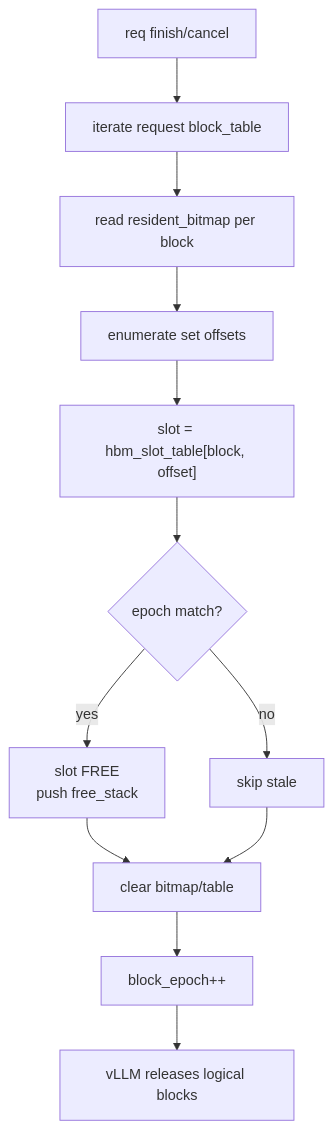
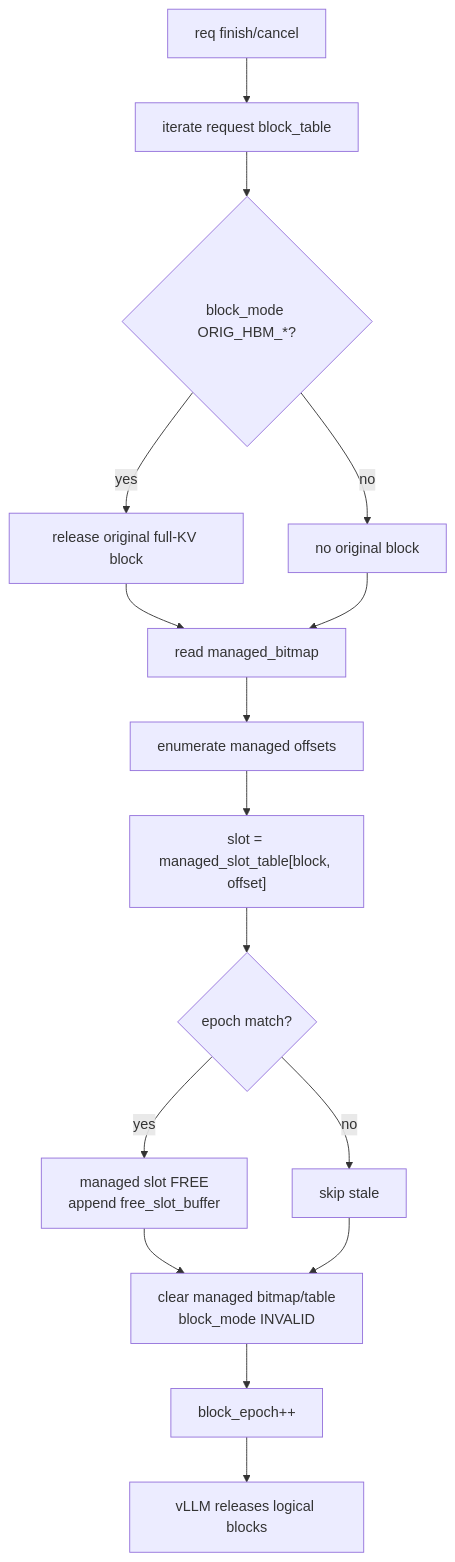
The eighth of 8 diagrams in docs/draft/2026-06-02-npu-hbm-kvcache-management-draft.md (ykfnxx/ASU-Ascend), drawn with Mermaid before and after one commit. The commit also changed other lines of this file, not shown here.

````diff
--- a/docs/draft/2026-06-02-npu-hbm-kvcache-management-draft.md
+++ b/docs/draft/2026-06-02-npu-hbm-kvcache-management-draft.md
@@ -779,14 +1052,18 @@
 ```mermaid
 flowchart TB
     A["req finish/cancel"] --> B["iterate request block_table"]
-    B --> C["read resident_bitmap per block"]
-    C --> D["enumerate set offsets"]
-    D --> E["slot = hbm_slot_table[block, offset]"]
-    E --> F{"epoch match?"}
-    F -- "yes" --> G["slot FREE<br/>push free_stack"]
-    F -- "no" --> H["skip stale"]
-    G --> I["clear bitmap/table"]
-    H --> I
-    I --> J["block_epoch++"]
-    J --> K["vLLM releases logical blocks"]
+    B --> C{"block_mode ORIG_HBM_*?"}
+    C -- "yes" --> D["release original full-KV block"]
+    C -- "no" --> E["no original block"]
+    D --> F["read managed_bitmap"]
+    E --> F
+    F --> G["enumerate managed offsets"]
+    G --> H["slot = managed_slot_table[block, offset]"]
+    H --> I{"epoch match?"}
+    I -- "yes" --> J["managed slot FREE<br/>append free_slot_buffer"]
+    I -- "no" --> K["skip stale"]
+    J --> L["clear managed bitmap/table<br/>block_mode INVALID"]
+    K --> L
+    L --> M["block_epoch++"]
+    M --> N["vLLM releases logical blocks"]
 ```
````
